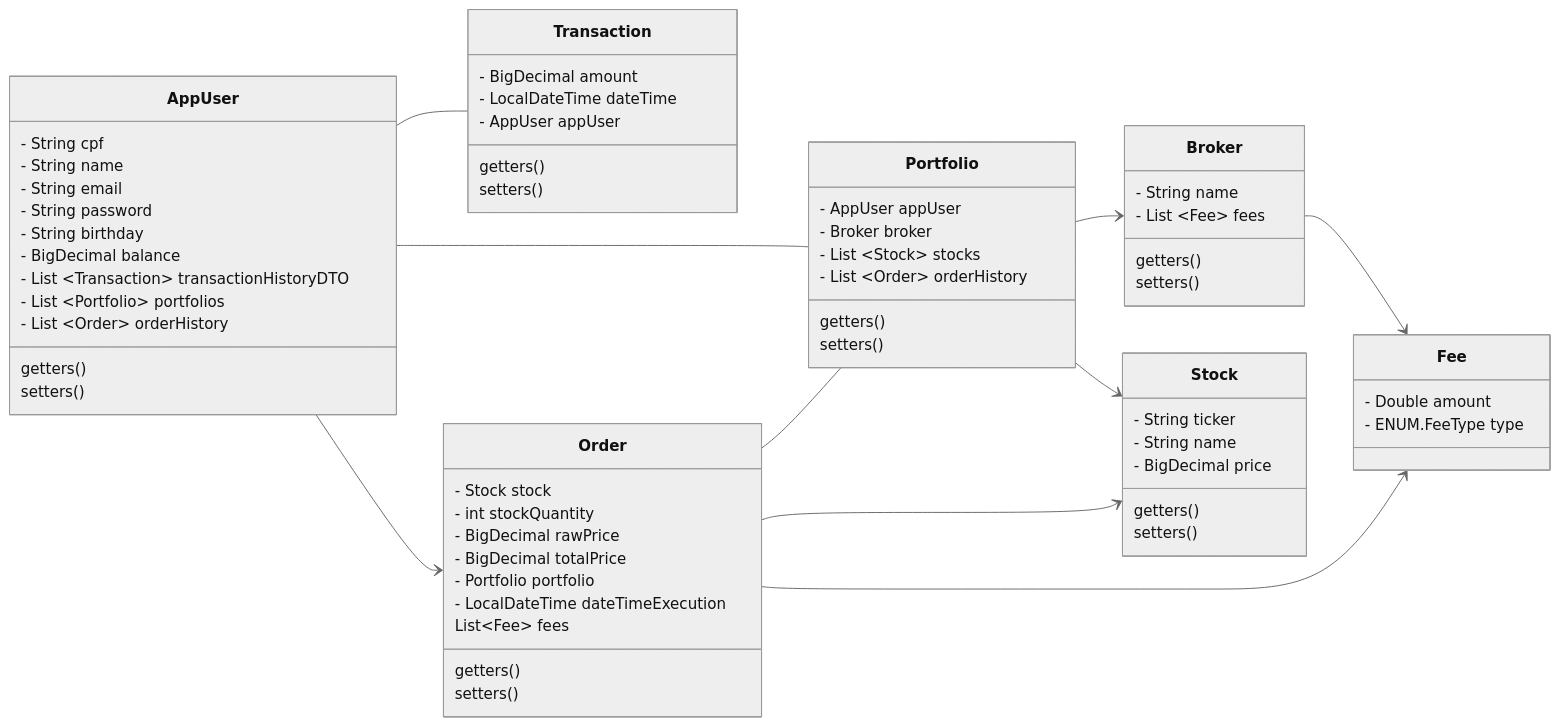
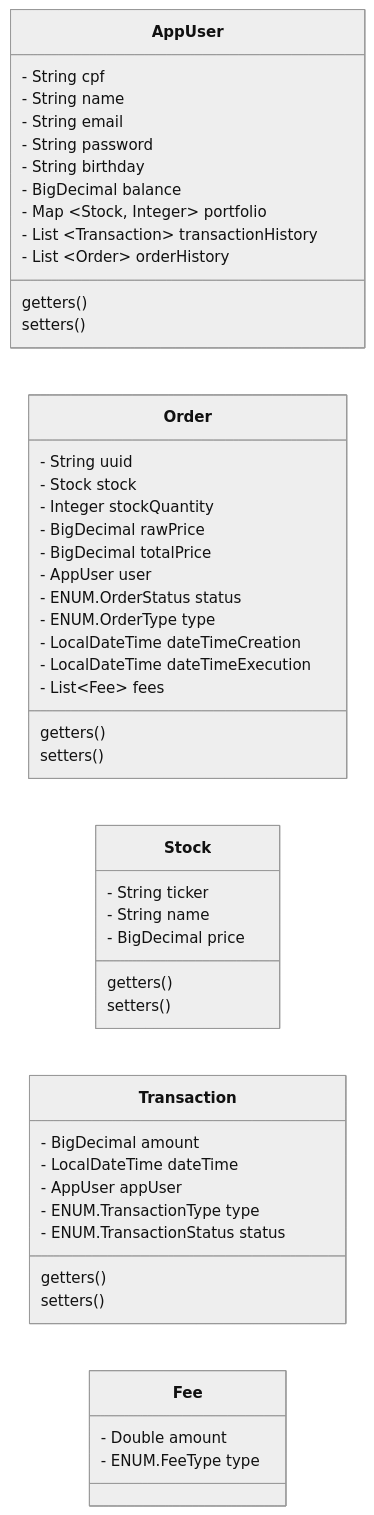
One commit to leialemon/projeto-web-b3 changed the diagram in README.md. Above: the diagram before and after it, drawn with Mermaid (neutral theme).

````diff
--- a/README.md
+++ b/README.md
@@ -49,79 +49,57 @@
 ```mermaid
 classDiagram
 direction LR
 class AppUser {
     - String cpf 
     - String name
     - String email
     - String password
     - String birthday
     - BigDecimal balance
-    - List ~Transaction~ transactionHistoryDTO
-    - List ~Portfolio~ portfolios
+    - Map ~Stock, Integer~ portfolio
+    - List ~Transaction~ transactionHistory
     - List ~Order~ orderHistory
     getters()
     setters()
 }
 
 class Order{
+    - String uuid
     - Stock stock
-    - int stockQuantity
+    - Integer stockQuantity
     - BigDecimal rawPrice
     - BigDecimal totalPrice
-    - Portfolio portfolio
+    - AppUser user
+    - ENUM.OrderStatus status
+    - ENUM.OrderType type
+    - LocalDateTime dateTimeCreation
     - LocalDateTime dateTimeExecution
-    List~Fee~ fees
+    - List~Fee~ fees
     getters()
     setters()
 }
 
 class Stock{
     - String ticker
     - String name
     - BigDecimal price
     getters()
     setters()
 }
 
-class Broker{
-    - String name
-    - List ~Fee~ fees
-    getters()
-    setters()
-}
-
-class Portfolio{
-    - AppUser appUser
-    - Broker broker
-    - List ~Stock~ stocks
-    - List ~Order~ orderHistory
-    getters()
-    setters()
-}
 
 class Transaction{
     - BigDecimal amount
     - LocalDateTime dateTime
     - AppUser appUser
+    - ENUM.TransactionType type
+    - ENUM.TransactionStatus status
     getters()
     setters()
 }
 
 class Fee{
    - Double amount
    - ENUM.FeeType type
 }
-
-AppUser -- Transaction
-AppUser -- Portfolio
-AppUser --> Order
-
-Order -- Portfolio
-Order --> Stock
-Order --> Fee
-
-Portfolio --> Broker
-Portfolio --> Stock
-
-Broker --> Fee
 ```
````
